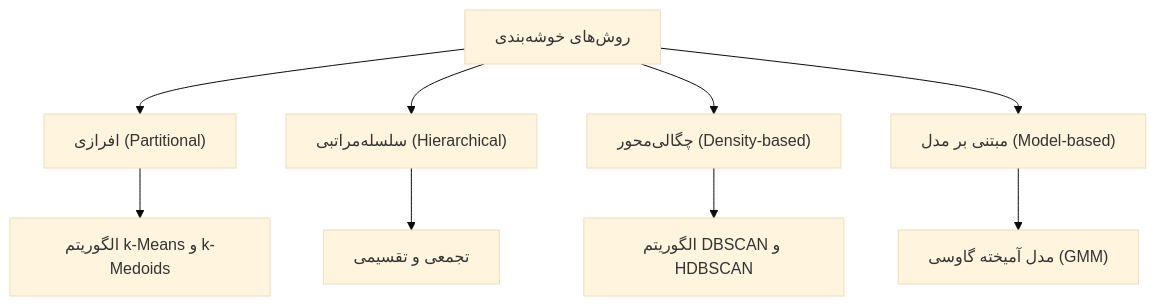
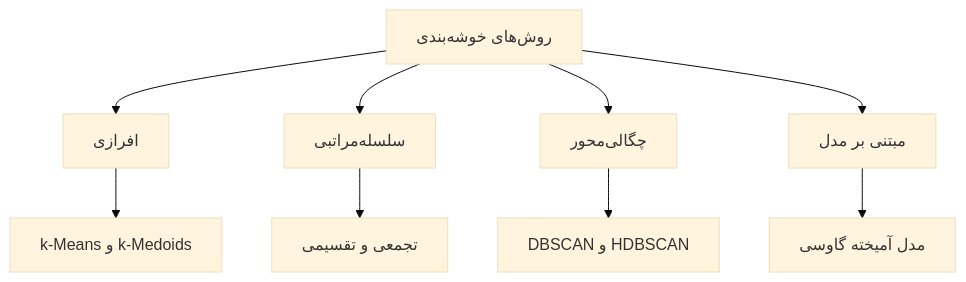
One commit to haghbinh/DM_Course changed the diagram in Part 6_Clustering/26 - مبانی خوشه‌بندی و k-Means.md. Above: the diagram before and after it, drawn with Mermaid (base theme). The commit also changed other lines of this file and 23 other files, not shown here.

````diff
--- a/Part 6_Clustering/26 - مبانی خوشه‌بندی و k-Means.md
+++ b/Part 6_Clustering/26 - مبانی خوشه‌بندی و k-Means.md
@@ -58,11 +70,11 @@
 ```mermaid
 flowchart TD
-    A["روش‌های خوشه‌بندی"] --> B["افرازی (Partitional)"]
-    A --> C["سلسله‌مراتبی (Hierarchical)"]
-    A --> D["چگالی‌محور (Density-based)"]
-    A --> E["مبتنی بر مدل (Model-based)"]
-    B --> B1["الگوریتم k-Means و k-Medoids"]
+    A["روش‌های خوشه‌بندی"] --> B["افرازی"]
+    A --> C["سلسله‌مراتبی"]
+    A --> D["چگالی‌محور"]
+    A --> E["مبتنی بر مدل"]
+    B --> B1["k-Means و k-Medoids"]
     C --> C1["تجمعی و تقسیمی"]
-    D --> D1["الگوریتم DBSCAN و HDBSCAN"]
-    E --> E1["مدل آمیخته گاوسی (GMM)"]
+    D --> D1["DBSCAN و HDBSCAN"]
+    E --> E1["مدل آمیخته گاوسی"]
 ```
````
